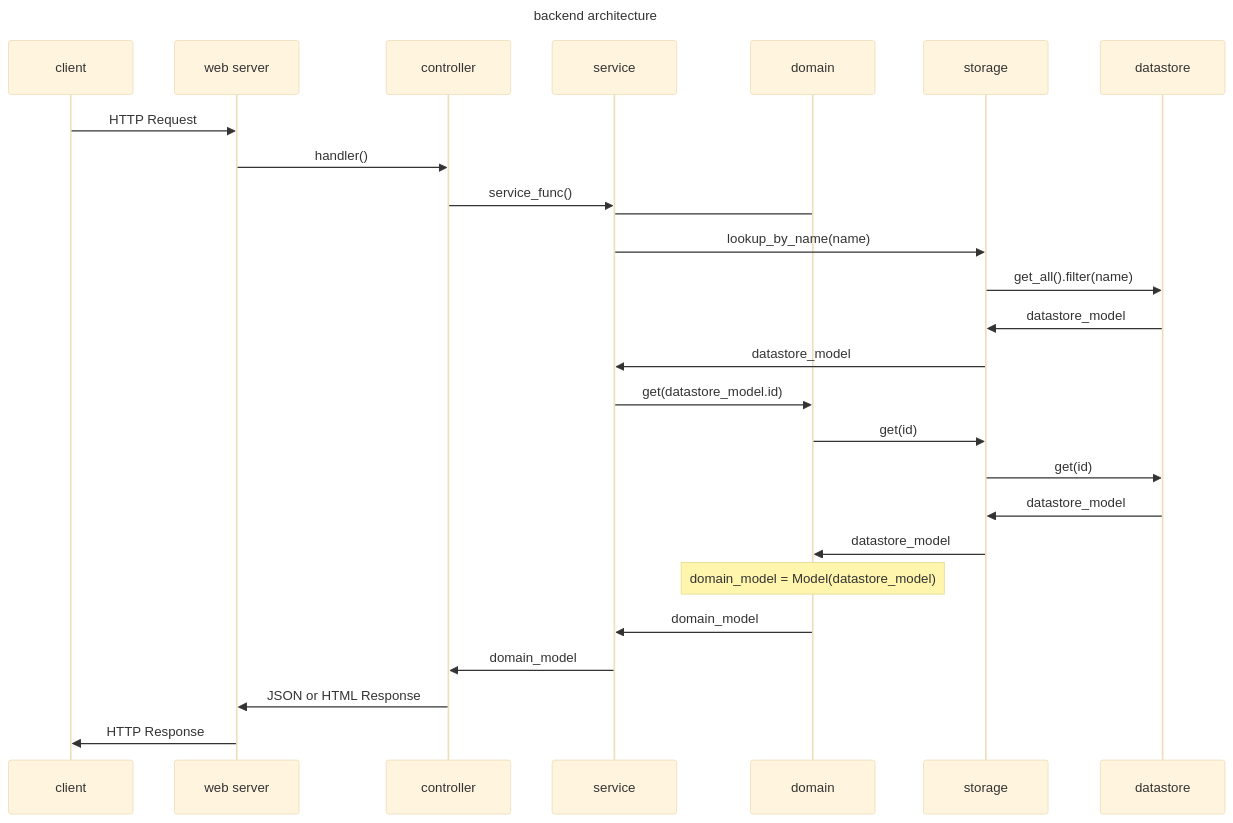
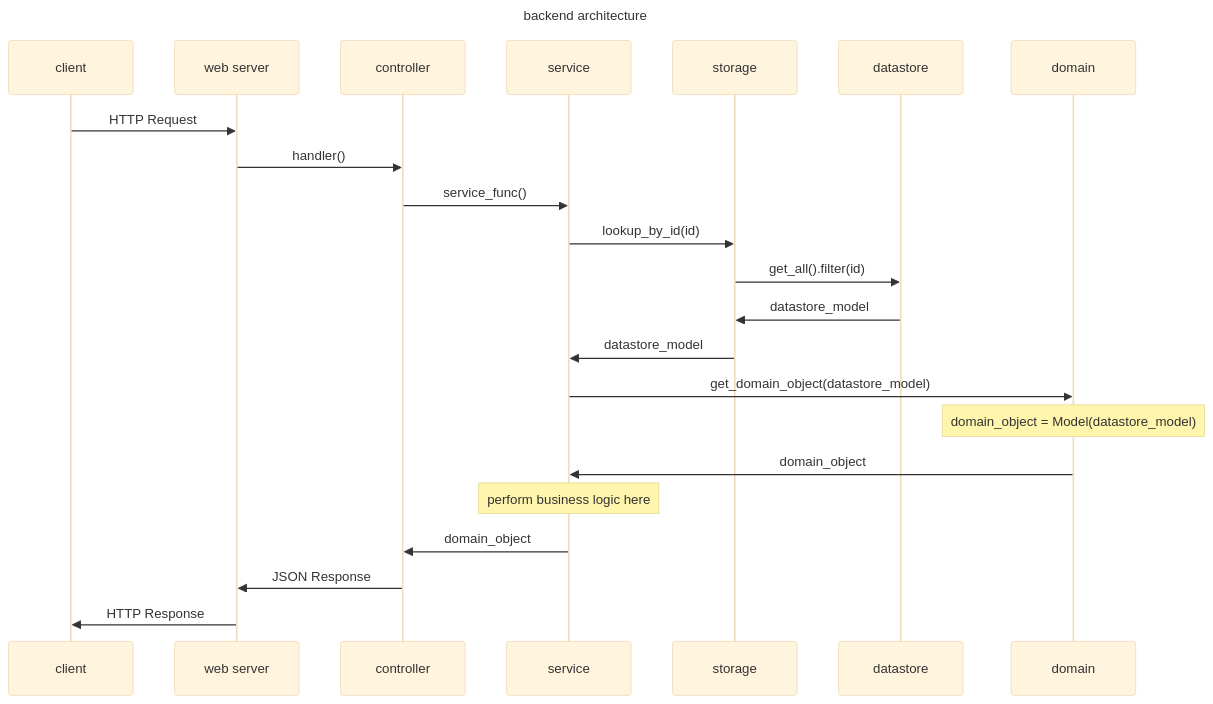
One commit to oppia/oppia-web-developer-docs changed the second of 3 diagrams in Overview-of-the-Oppia-codebase.md. Above: the diagram before and after it, drawn with Mermaid (base theme). The commit also changed other lines of this file, not shown here.

First line of the commit message:
Update codebase overview to use 'domain objects' terminology. Clarify backend structure a bit. (#451)

````diff
--- a/Overview-of-the-Oppia-codebase.md
+++ b/Overview-of-the-Oppia-codebase.md
@@ -61,24 +59,20 @@
 ```mermaid
 ---
 title: backend architecture
 ---
 sequenceDiagram
     client->>web server: HTTP Request
     web server->>controller: handler()
     controller->>service: service_func()
-    service->domain: 
-    service->>storage: lookup_by_name(name)
-    storage->>datastore: get_all().filter(name)
+    service->>storage: lookup_by_id(id)
+    storage->>datastore: get_all().filter(id)
     datastore->>storage: datastore_model
     storage->>service: datastore_model
-    service->>domain: get(datastore_model.id)
-    domain->>storage: get(id)
-    storage->>datastore: get(id)
-    datastore->> storage: datastore_model
-    storage->>domain: datastore_model
-    Note over domain: domain_model = Model(datastore_model)
-    domain->>service: domain_model
-    service->>controller: domain_model
-    controller->>web server: JSON or HTML Response
+    service->>domain: get_domain_object(datastore_model)
+    Note over domain: domain_object = Model(datastore_model)
+    domain->>service: domain_object
+    Note over service: perform business logic here
+    service->>controller: domain_object
+    controller->>web server: JSON Response
     web server->>client: HTTP Response
 ```
````
